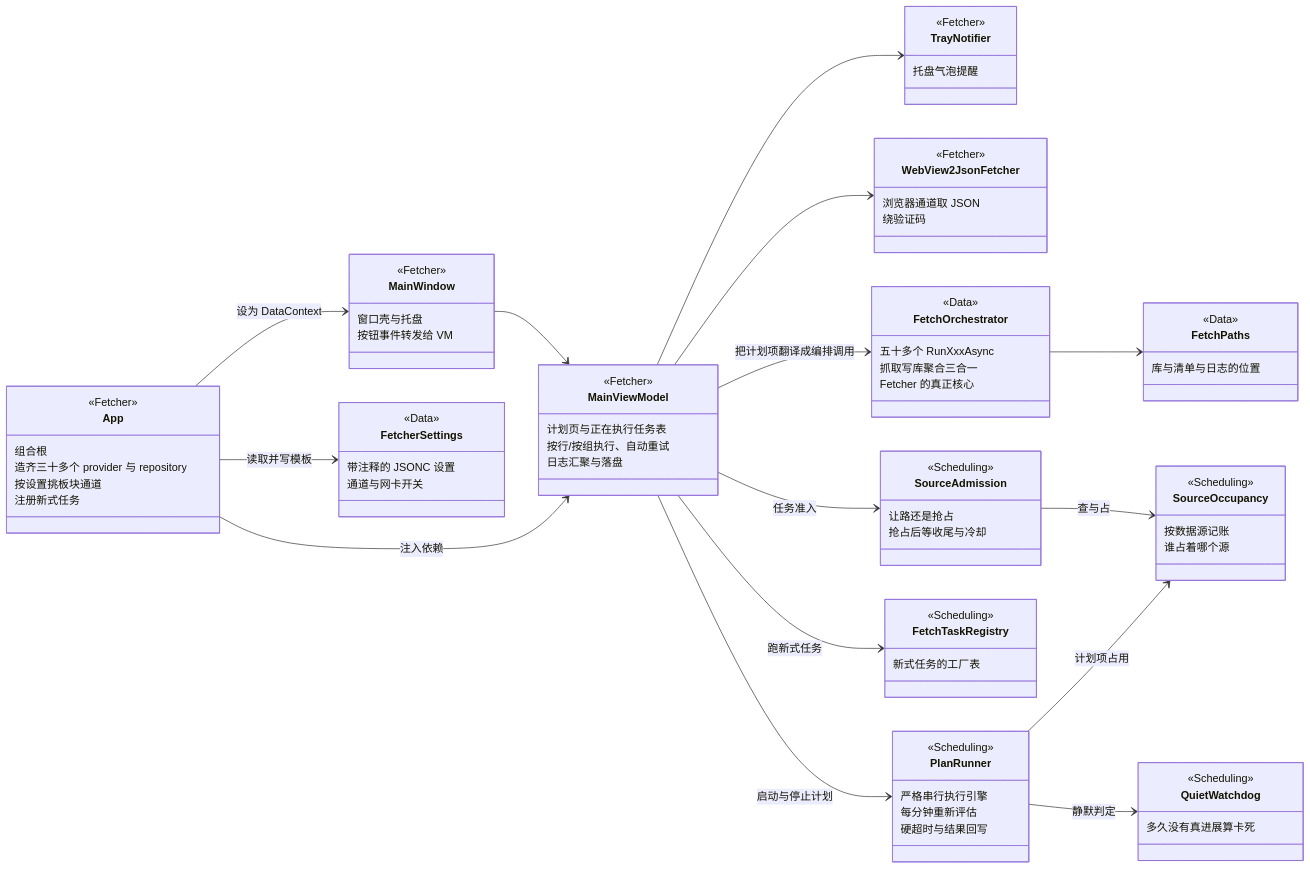
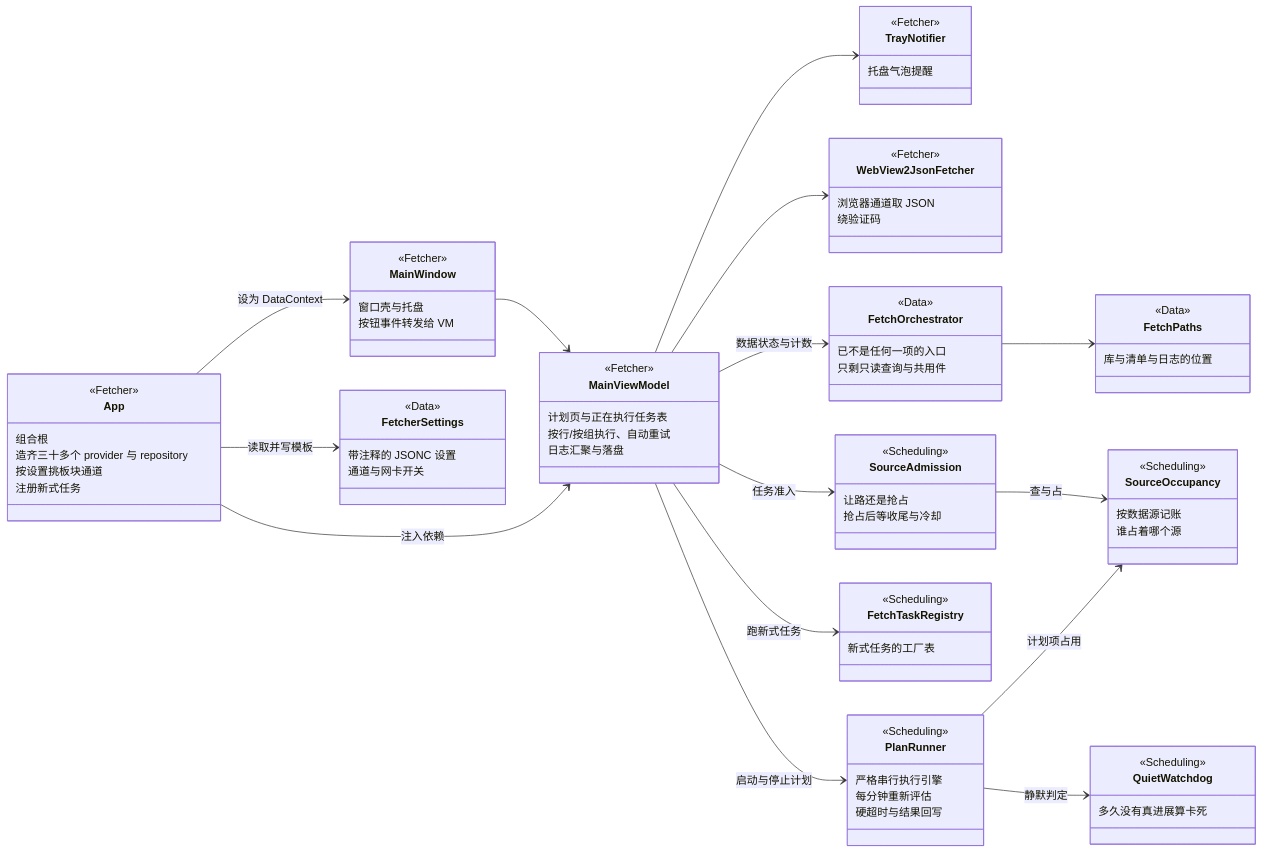
Before and after one commit to lcq9732/stock: the second of 9 diagrams in doc/solution-class-map.md, drawn with Mermaid. The commit also changed other lines of this file and 2 other files, not shown here.

```diff
--- a/doc/solution-class-map.md
+++ b/doc/solution-class-map.md
@@ -162,9 +168,8 @@
 }
 class FetchOrchestrator {
   <<Data>>
-  五十多个 RunXxxAsync
-  抓取写库聚合三合一
-  Fetcher 的真正核心
+  已不是任何一项的入口
+  只剩只读查询与共用件
 }
 class FetcherSettings {
   <<Data>>
@@ -180,7 +185,7 @@
 App --> MainWindow : 设为 DataContext
 App --> FetcherSettings : 读取并写模板
 MainWindow --> MainViewModel
-MainViewModel --> FetchOrchestrator : 把计划项翻译成编排调用
+MainViewModel --> FetchOrchestrator : 数据状态与计数
 MainViewModel --> PlanRunner : 启动与停止计划
 MainViewModel --> SourceAdmission : 任务准入
 MainViewModel --> FetchTaskRegistry : 跑新式任务
```
